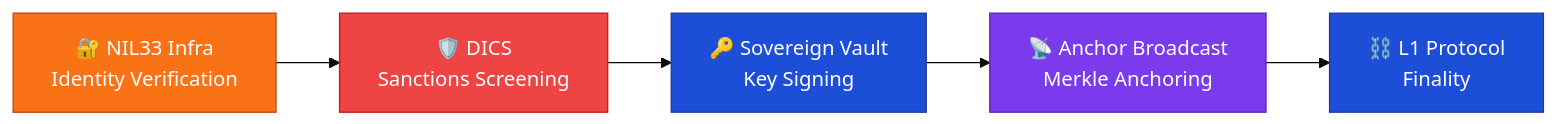
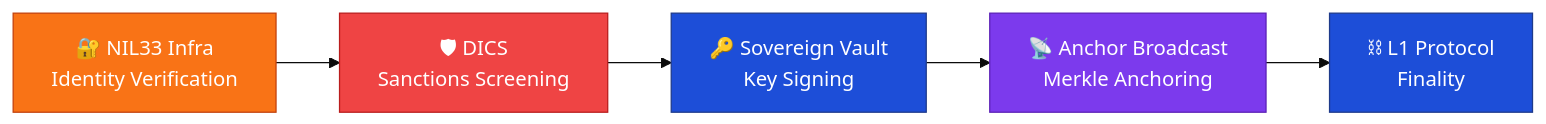
Before and after one commit to FTHTrading/kevan-burns-empire-: the seventh of 7 diagrams in README.md, drawn with Mermaid (base theme). The commit also changed other lines of this file and 28 other files, not shown here.

````diff
--- a/README.md
+++ b/README.md
@@ -599,13 +598,13 @@
 ```mermaid
 flowchart LR
-    A["🔐 NIL33 Infra<br/>Identity Verification"] --> B["🛡️ DICS<br/>Sanctions Screening"]
+    A["🔐 NIL33 Infra<br/>Identity Verification"] --> B["🛡 DICS<br/>Sanctions Screening"]
     B --> C["🔑 Sovereign Vault<br/>Key Signing"]
     C --> D["📡 Anchor Broadcast<br/>Merkle Anchoring"]
-    D --> E["⛓️ L1 Protocol<br/>Finality"]
+    D --> E["⛓ L1 Protocol<br/>Finality"]
     
     style A fill:#f97316,stroke:#c2410c,color:#fff
     style B fill:#ef4444,stroke:#b91c1c,color:#fff
     style C fill:#1d4ed8,stroke:#1e3a8a,color:#fff
     style D fill:#7c3aed,stroke:#5b21b6,color:#fff
     style E fill:#1d4ed8,stroke:#1e3a8a,color:#fff
 ```
````
